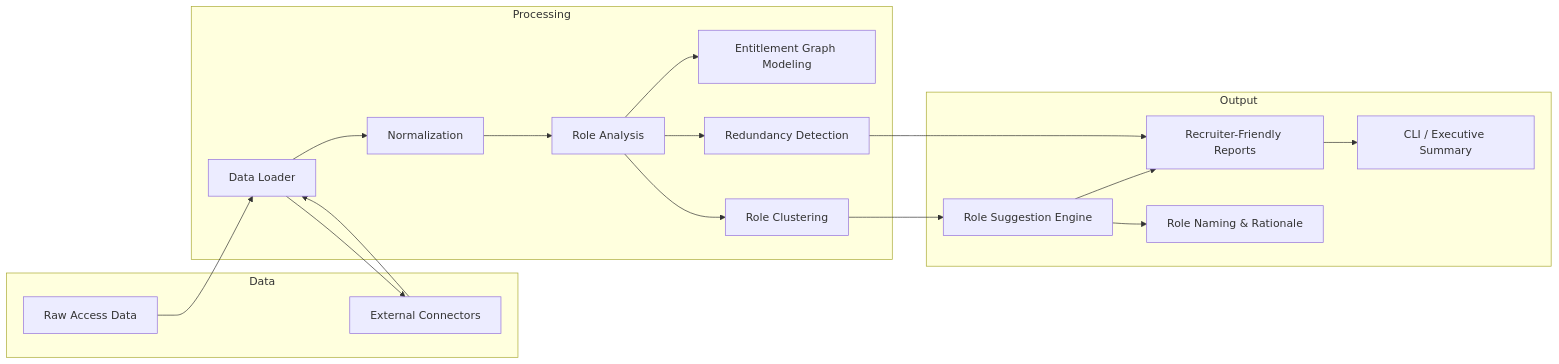
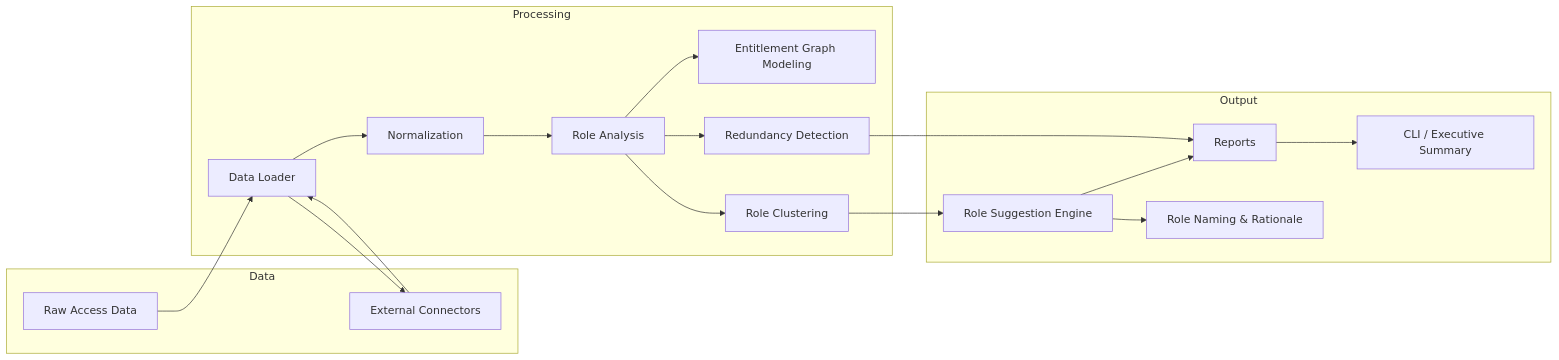
Before and after one commit to rafichowdhury1220/enterprise-role-mining-platform: the diagram in docs/ARCHITECTURE.md, drawn with Mermaid.

````diff
--- a/docs/ARCHITECTURE.md
+++ b/docs/ARCHITECTURE.md
@@ -30,34 +30,34 @@
 ```mermaid
 flowchart LR
     A[Raw Access Data] --> B[Data Loader]
     B --> C[Normalization]
     C --> D[Role Analysis]
     D --> E[Entitlement Graph Modeling]
     D --> F[Role Clustering]
     F --> G[Role Suggestion Engine]
-    G --> H[Recruiter-Friendly Reports]
+    G --> H[Reports]
     H --> I[CLI / Executive Summary]
     B --> J[External Connectors]
     J --> B
     G --> K[Role Naming & Rationale]
     D --> L[Redundancy Detection]
     L --> H
     subgraph Data
         A
         J
     end
     subgraph Processing
         B
         C
         D
         E
         F
         L
     end
     subgraph Output
         G
         K
         H
         I
     end
 ```
````
